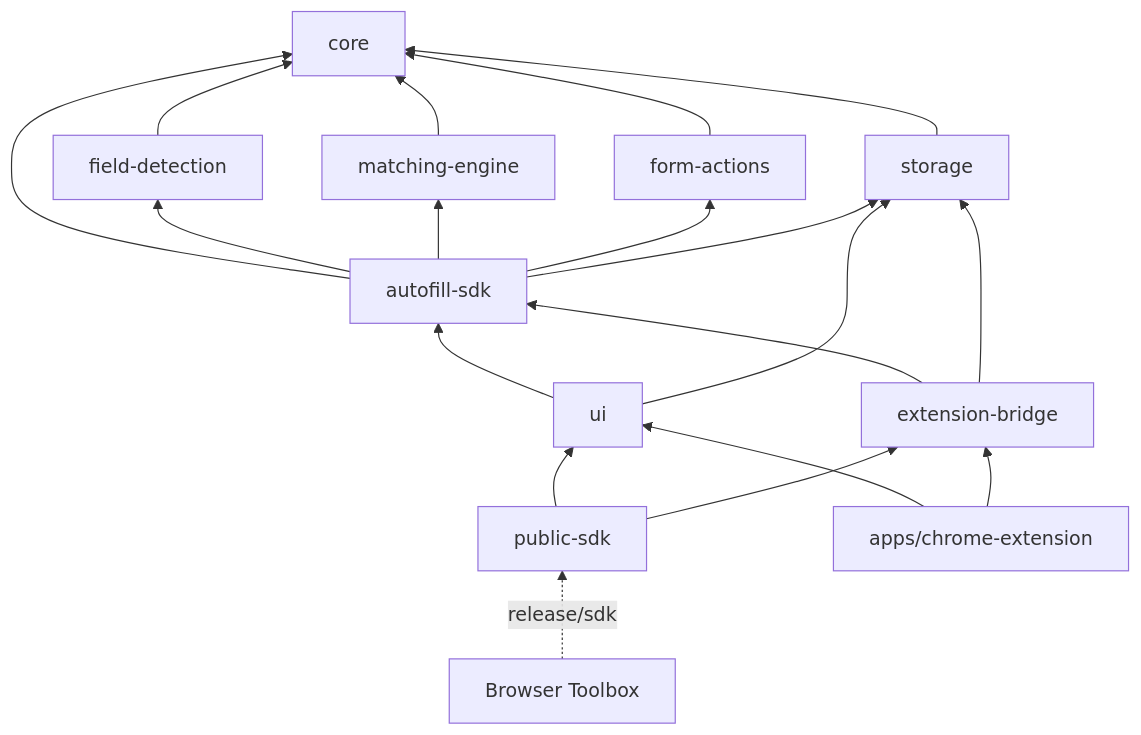
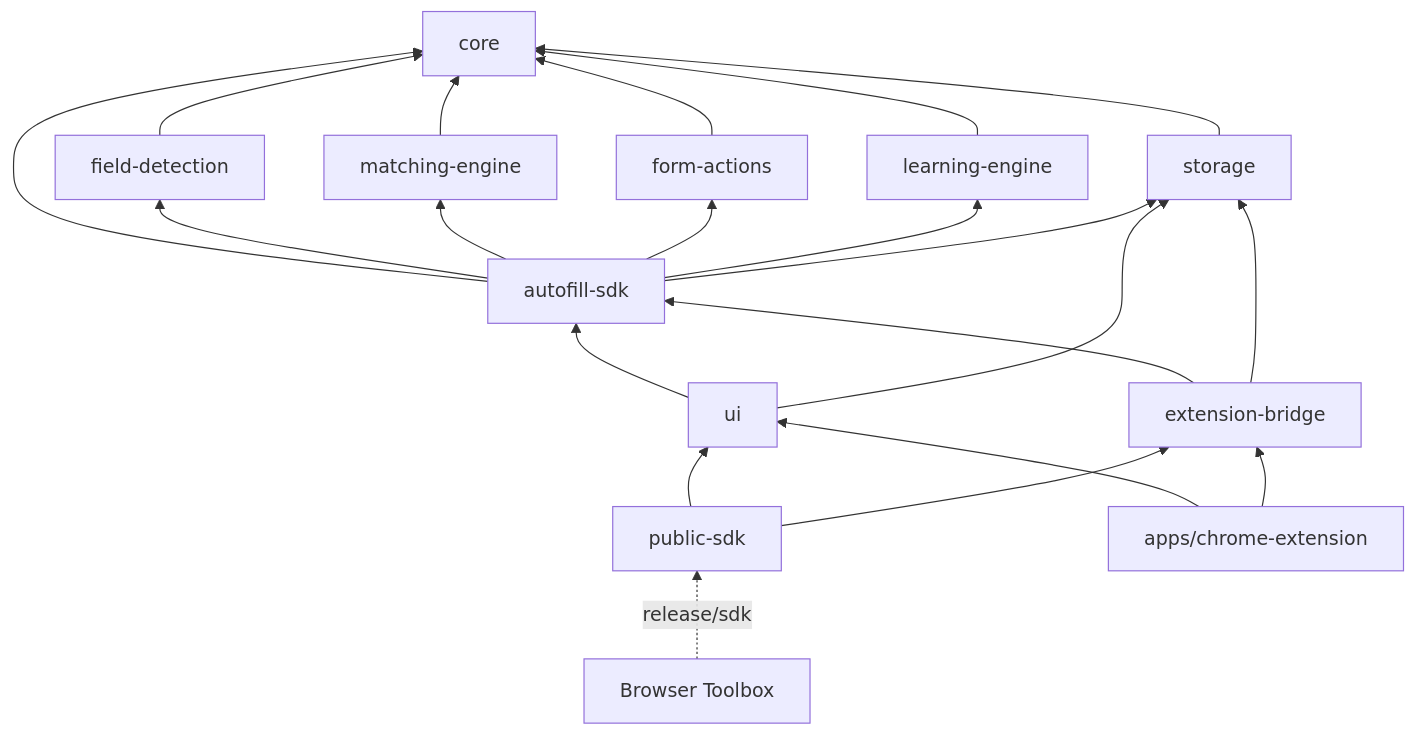
Before and after one commit to jayaprakash9603/auto-fill: the first of 2 diagrams in docs/ARCHITECTURE.md, drawn with Mermaid. The commit also changed other lines of this file and 29 other files, not shown here.

````diff
--- a/docs/ARCHITECTURE.md
+++ b/docs/ARCHITECTURE.md
@@ -35,22 +36,24 @@
 ```mermaid
 flowchart BT
   core
   detection[field-detection] --> core
   matching[matching-engine] --> core
   actions[form-actions] --> core
+  learning[learning-engine] --> core
   storage --> core
   autofillSdk[autofill-sdk] --> core
   autofillSdk --> detection
   autofillSdk --> matching
   autofillSdk --> actions
+  autofillSdk --> learning
   autofillSdk --> storage
   bridge[extension-bridge] --> autofillSdk
   bridge --> storage
   ui --> autofillSdk
   ui --> storage
   publicSdk[public-sdk] --> ui
   publicSdk --> bridge
   extension[apps/chrome-extension] --> ui
   extension --> bridge
   toolbox[Browser Toolbox] -. release/sdk .-> publicSdk
 ```
````
